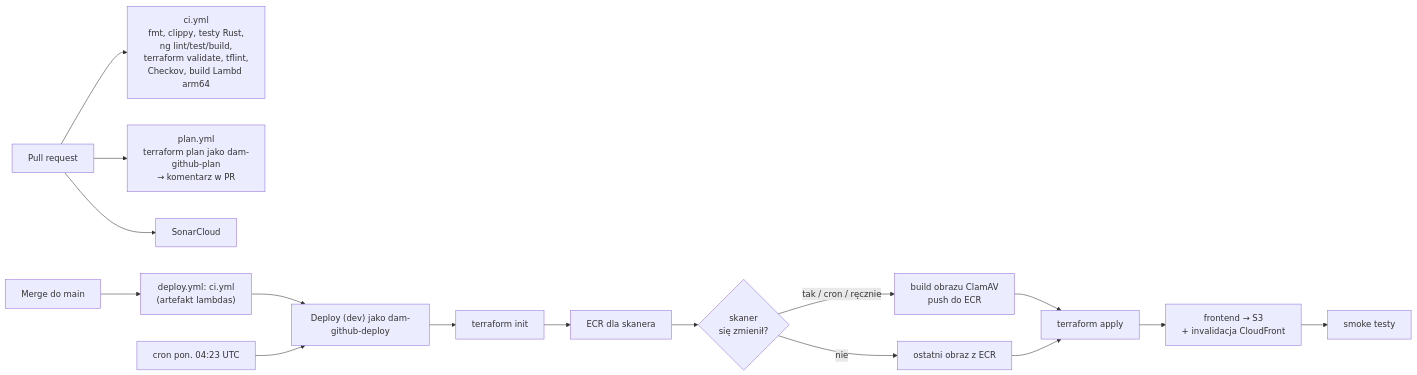
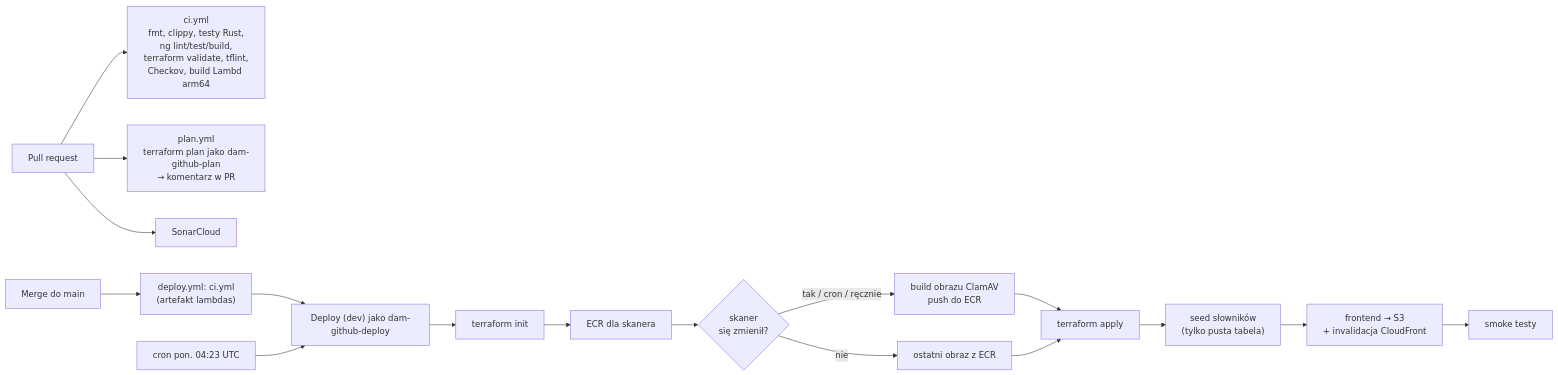
One commit to dawidbis/AWS_DAM_SPA changed diagram 11 of 11 in docs/architecture.md. Above: the diagram before and after it, drawn with Mermaid. The commit also changed other lines of this file and 63 other files, not shown here.

````diff
--- a/docs/architecture.md
+++ b/docs/architecture.md
@@ -629,17 +675,18 @@
 ```mermaid
 flowchart LR
     PR[Pull request] --> CI["ci.yml<br/>fmt, clippy, testy Rust,<br/>ng lint/test/build,<br/>terraform validate, tflint,<br/>Checkov, build Lambd arm64"]
     PR --> PLAN["plan.yml<br/>terraform plan jako dam-github-plan<br/>→ komentarz w PR"]
     PR --> SONAR[SonarCloud]
     MERGE[Merge do main] --> DCI["deploy.yml: ci.yml<br/>(artefakt lambdas)"]
     DCI --> DEP["Deploy (dev) jako dam-github-deploy"]
     DEP --> S1[terraform init]
     S1 --> S2["ECR dla skanera"]
     S2 --> S3{"skaner<br/>się zmienił?"}
     S3 -->|tak / cron / ręcznie| S4["build obrazu ClamAV<br/>push do ECR"]
     S3 -->|nie| S5[ostatni obraz z ECR]
     S4 & S5 --> S6[terraform apply]
-    S6 --> S7["frontend → S3<br/>+ invalidacja CloudFront"]
+    S6 --> SEED["seed słowników<br/>(tylko pusta tabela)"]
+    SEED --> S7["frontend → S3<br/>+ invalidacja CloudFront"]
     S7 --> S8[smoke testy]
     CRON["cron pon. 04:23 UTC"] --> DEP
 ```
````
